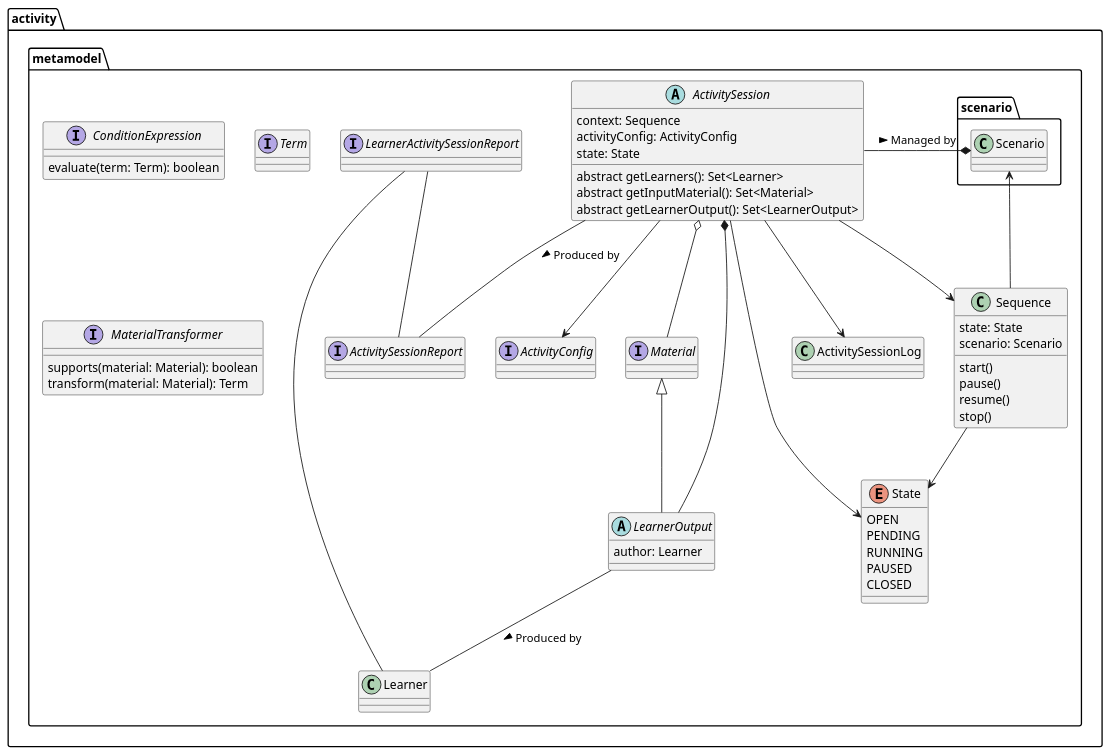
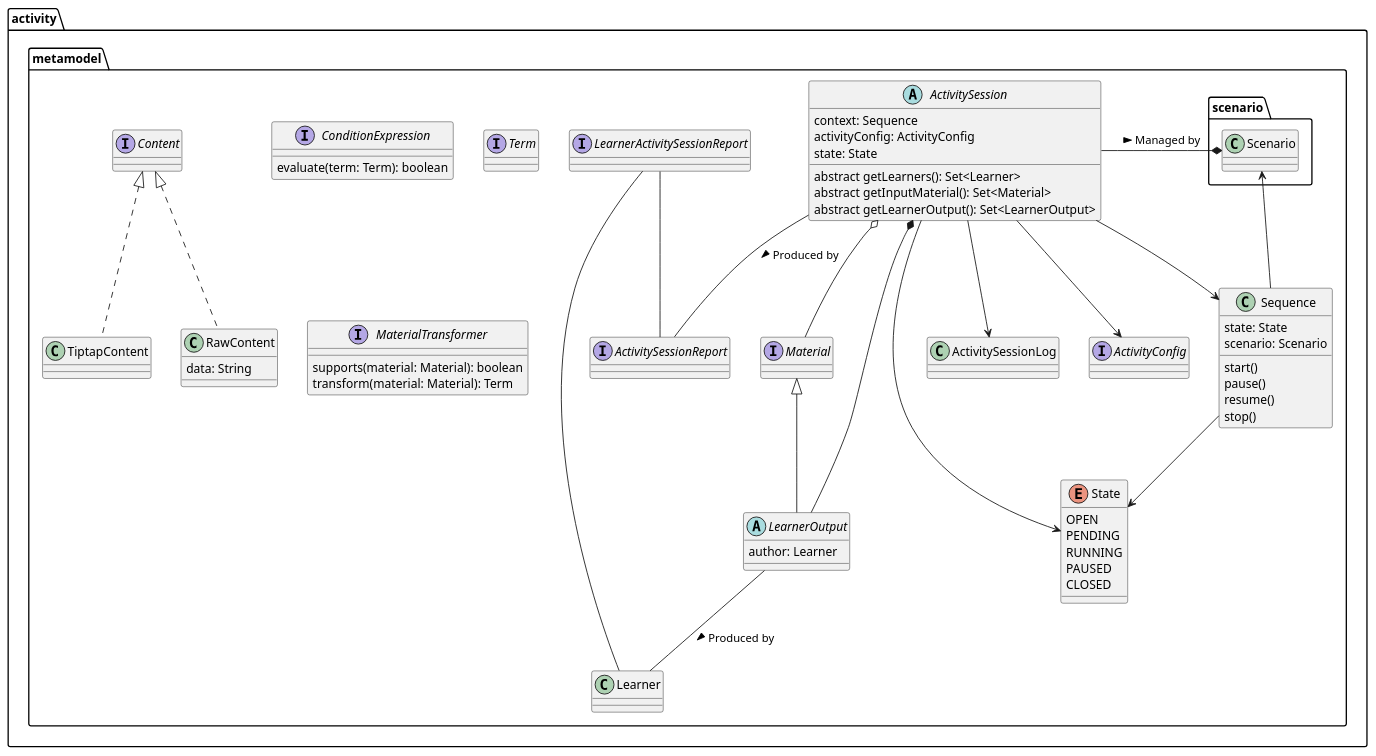
Before and after one commit to elaastic/ElaastiX: the diagram in docs/technical/uml/activity-metamodel.puml, drawn with PlantUML. The commit also changed 1 other file, not shown here.

Commit message:
doc(model): Introduce Content and distinguish RawContent and TiptapContent

```diff
--- a/docs/technical/uml/activity-metamodel.puml
+++ b/docs/technical/uml/activity-metamodel.puml
@@ -1,74 +1,80 @@
 @startuml
 'https://plantuml.com/class-diagram
 
 package activity.metamodel {
     class  Sequence {
         state: State
         scenario: Scenario
         start()
         pause()
         resume()
         stop()
     }
 
     enum State {
         OPEN
         PENDING
         RUNNING
         PAUSED
         CLOSED
     }
 
     Sequence --> State
     Sequence --> scenario.Scenario
 
     Scenario *- ActivitySession : Managed by <
 
     abstract class ActivitySession {
         context: Sequence
         activityConfig: ActivityConfig
         state: State
         abstract getLearners(): Set<Learner>
         abstract getInputMaterial(): Set<Material>
         abstract getLearnerOutput(): Set<LearnerOutput>
     }
 
     class ActivitySessionLog
 
     ActivitySession --> Sequence
     ActivitySession -- ActivitySessionReport : Produced by >
     ActivitySession --> State
     ActivitySession --> ActivitySessionLog
     ActivitySession --> ActivityConfig
     ActivitySession *-- LearnerOutput
     ActivitySession o-- Material
 
     interface ActivitySessionReport
     interface LearnerActivitySessionReport
 
     LearnerActivitySessionReport -- Learner
     LearnerActivitySessionReport -- ActivitySessionReport
 
     interface ActivityConfig
 
     interface Material
 
     abstract class LearnerOutput extends Material {
         author: Learner
     }
 
     LearnerOutput -- Learner : Produced by >
 
     interface ConditionExpression {
         evaluate(term: Term): boolean
     }
 
     interface Term
 
     interface MaterialTransformer {
         supports(material: Material): boolean
         transform(material: Material): Term
     }
 
-}
+
+    interface Content
+    class RawContent implements Content {
+        data: String
+    }
+
+    class TiptapContent implements Content
 @enduml
```
